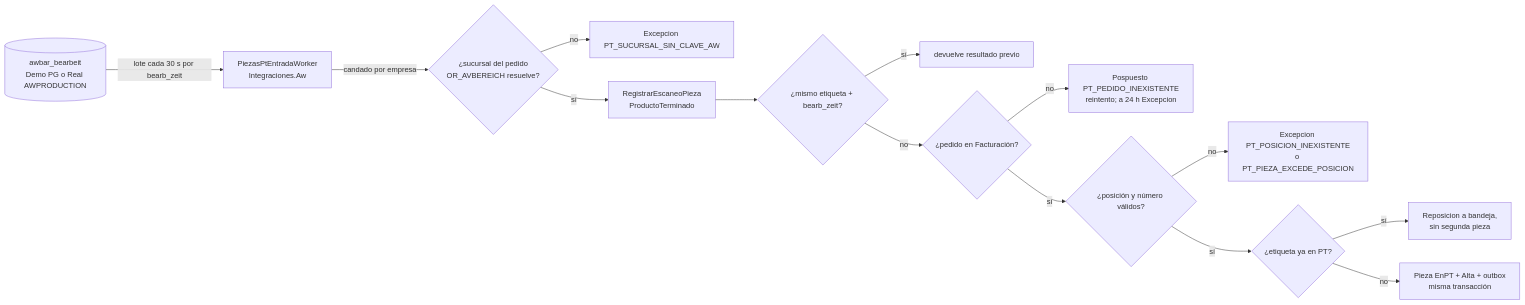
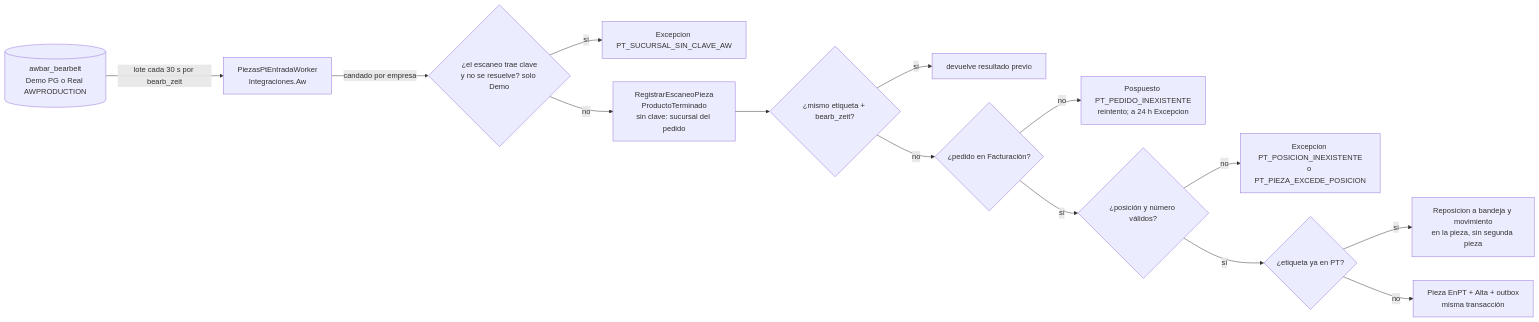
The second of 2 diagrams in docs/modulos/producto-terminado/01-diseno.md (Eliam2102/millet-erp), drawn with Mermaid before and after one commit. The commit also changed other lines of this file and 1 other file, not shown here.

First line of the commit message:
docs(pt): E08 y guía del canal con la respuesta de TI y el script 15

````diff
--- a/docs/modulos/producto-terminado/01-diseno.md
+++ b/docs/modulos/producto-terminado/01-diseno.md
@@ -120,16 +120,16 @@
 ```mermaid
 flowchart LR
   AW[(awbar_bearbeit<br/>Demo PG o Real AWPRODUCTION)] -->|lote cada 30 s por bearb_zeit| W[PiezasPtEntradaWorker<br/>Integraciones.Aw]
-  W -->|candado por empresa| R{¿sucursal del pedido<br/>OR_AVBEREICH resuelve?}
-  R -->|no| EX[Excepcion PT_SUCURSAL_SIN_CLAVE_AW]
-  R -->|sí| C[RegistrarEscaneoPieza<br/>ProductoTerminado]
+  W -->|candado por empresa| R{¿el escaneo trae clave<br/>y no se resuelve? solo Demo}
+  R -->|sí| EX[Excepcion PT_SUCURSAL_SIN_CLAVE_AW]
+  R -->|no| C[RegistrarEscaneoPieza<br/>ProductoTerminado<br/>sin clave: sucursal del pedido]
   C --> K{¿mismo etiqueta + bearb_zeit?}
   K -->|sí| RES[devuelve resultado previo]
   K -->|no| P{¿pedido en Facturación?}
   P -->|no| POS[Pospuesto PT_PEDIDO_INEXISTENTE<br/>reintento; a 24 h Excepcion]
   P -->|sí| V{¿posición y número válidos?}
   V -->|no| EX2[Excepcion PT_POSICION_INEXISTENTE<br/>o PT_PIEZA_EXCEDE_POSICION]
   V -->|sí| D{¿etiqueta ya en PT?}
-  D -->|sí| REP[Reposicion a bandeja,<br/>sin segunda pieza]
+  D -->|sí| REP[Reposicion a bandeja y movimiento<br/>en la pieza, sin segunda pieza]
   D -->|no| OK[Pieza EnPT + Alta + outbox<br/>misma transacción]
 ```
````
